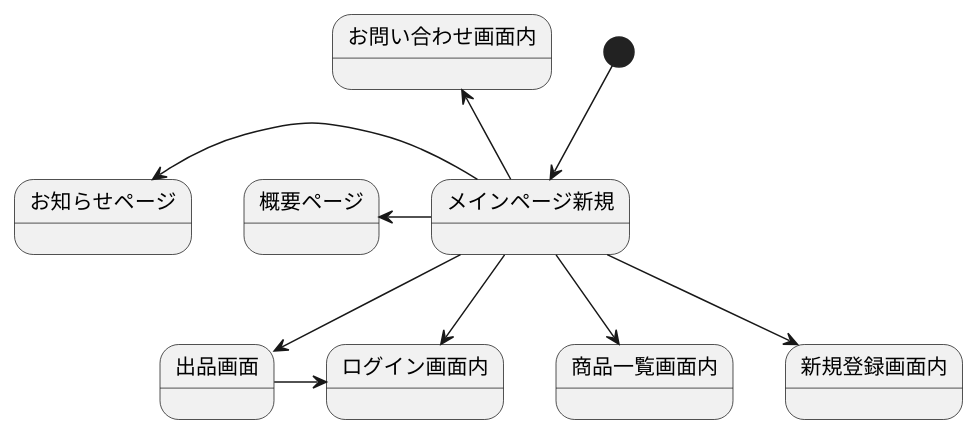
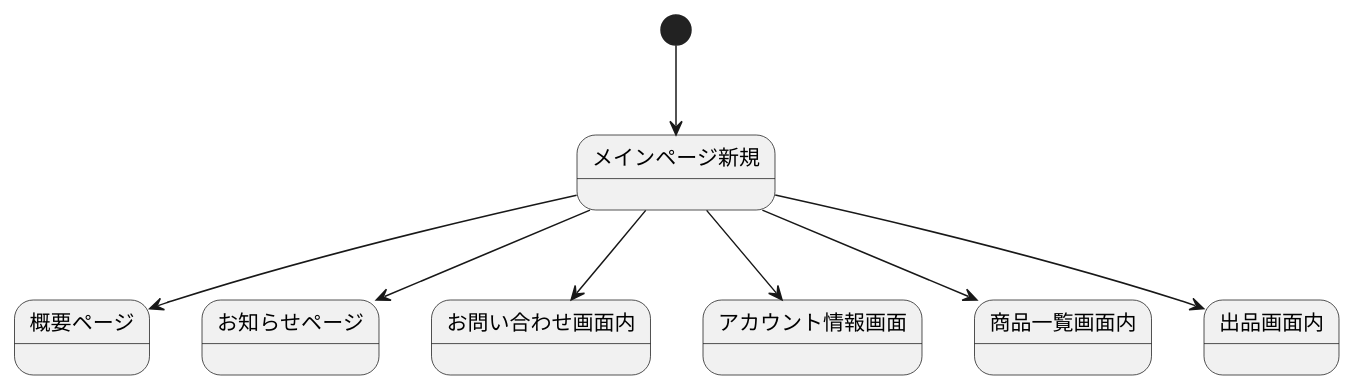
One commit to Aso2001147/2021SystemDesign changed the diagram in 画面遷移図ログイン.md. Above: the diagram before and after it, drawn with PlantUML.

````diff
--- a/画面遷移図ログイン.md
+++ b/画面遷移図ログイン.md
@@ -1,14 +1,11 @@
 ```uml
 @startuml
 [*] --> メインページ新規
-メインページ新規 -left-> 概要ページ
-メインページ新規 -up-> お問い合わせ画面内
-メインページ新規 -left-> お知らせページ
-メインページ新規 --> ログイン画面内
+メインページ新規 --> 概要ページ
+メインページ新規 --> お知らせページ
+メインページ新規 --> お問い合わせ画面内
+メインページ新規 --> アカウント情報画面
 メインページ新規 --> 商品一覧画面内
-メインページ新規 --> 新規登録画面内
-メインページ新規 -> 出品画面
-出品画面 -> ログイン画面内
-
+メインページ新規 --> 出品画面内
 @enduml
 ```
````
